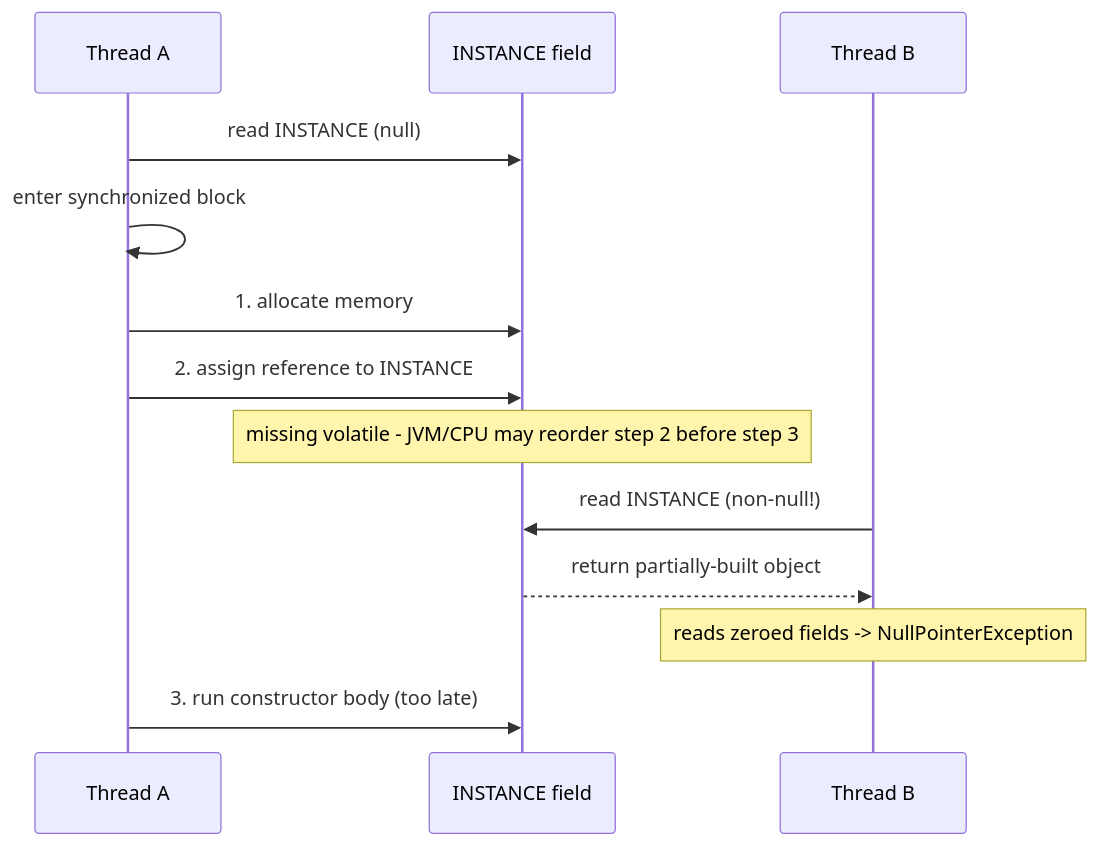
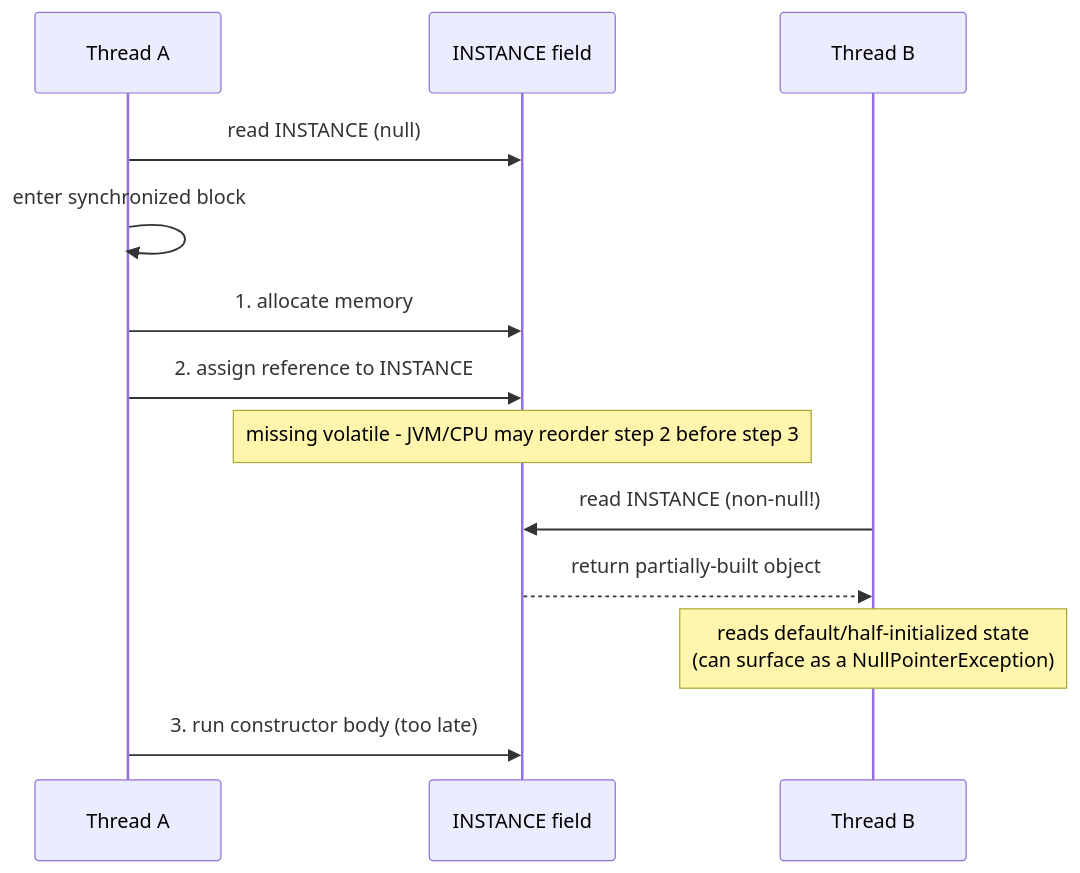
The third of 4 diagrams in src/main/java/com/rutik/systemdesign/lld/creational/singleton/README.md (rppol/system-design), drawn with Mermaid before and after one commit. The commit also changed other lines of this file and 6 other files, not shown here.

````diff
--- a/src/main/java/com/rutik/systemdesign/lld/creational/singleton/README.md
+++ b/src/main/java/com/rutik/systemdesign/lld/creational/singleton/README.md
@@ -282,16 +285,16 @@
 ```mermaid
 sequenceDiagram
     participant A as Thread A
     participant F as INSTANCE field
     participant B as Thread B
 
     A->>F: read INSTANCE (null)
     A->>A: enter synchronized block
     A->>F: 1. allocate memory
     A->>F: 2. assign reference to INSTANCE
     Note over F: missing volatile - JVM/CPU may reorder step 2 before step 3
     B->>F: read INSTANCE (non-null!)
     F-->>B: return partially-built object
-    Note over B: reads zeroed fields -> NullPointerException
+    Note over B: reads default/half-initialized state<br/>(can surface as a NullPointerException)
     A->>F: 3. run constructor body (too late)
 ```
````
